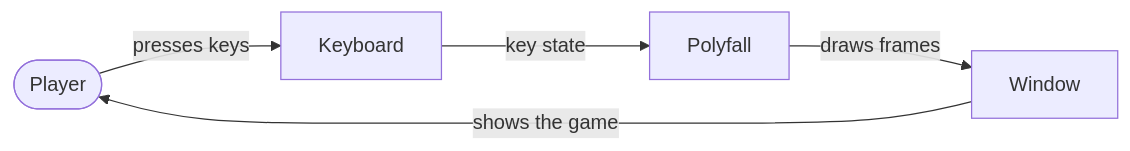
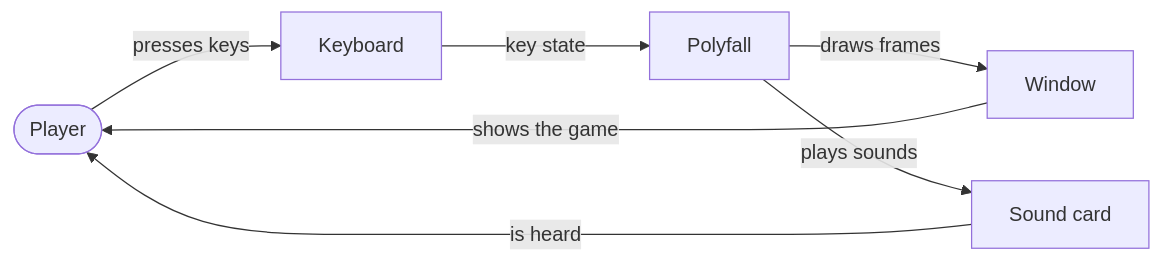
Before and after one commit to chussenot/polyfall: the diagram in docs/architecture/context.md, drawn with Mermaid. The commit also changed other lines of this file and 78 other files, not shown here.

First line of the commit message:
feat(sound): a sound for every action of the player, and a bench to work on them

````diff
--- a/docs/architecture/context.md
+++ b/docs/architecture/context.md
@@ -22,11 +23,14 @@
 ```mermaid
 flowchart LR
     Player(["Player"])
     Keyboard["Keyboard"]
     Game["Polyfall"]
     Window["Window"]
     Player -->|"presses keys"| Keyboard
     Keyboard -->|"key state"| Game
     Game -->|"draws frames"| Window
     Window -->|"shows the game"| Player
+    Speakers["Sound card"]
+    Game -->|"plays sounds"| Speakers
+    Speakers -->|"is heard"| Player
 ```
````
